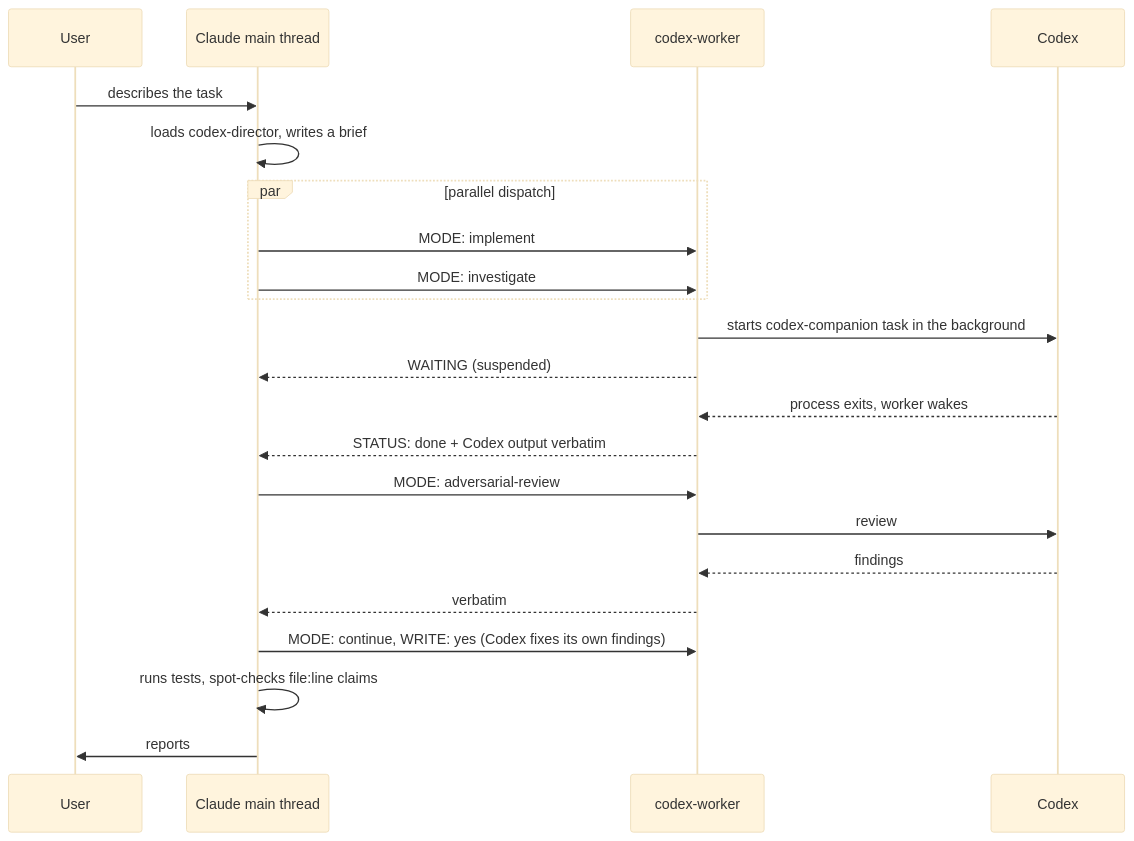
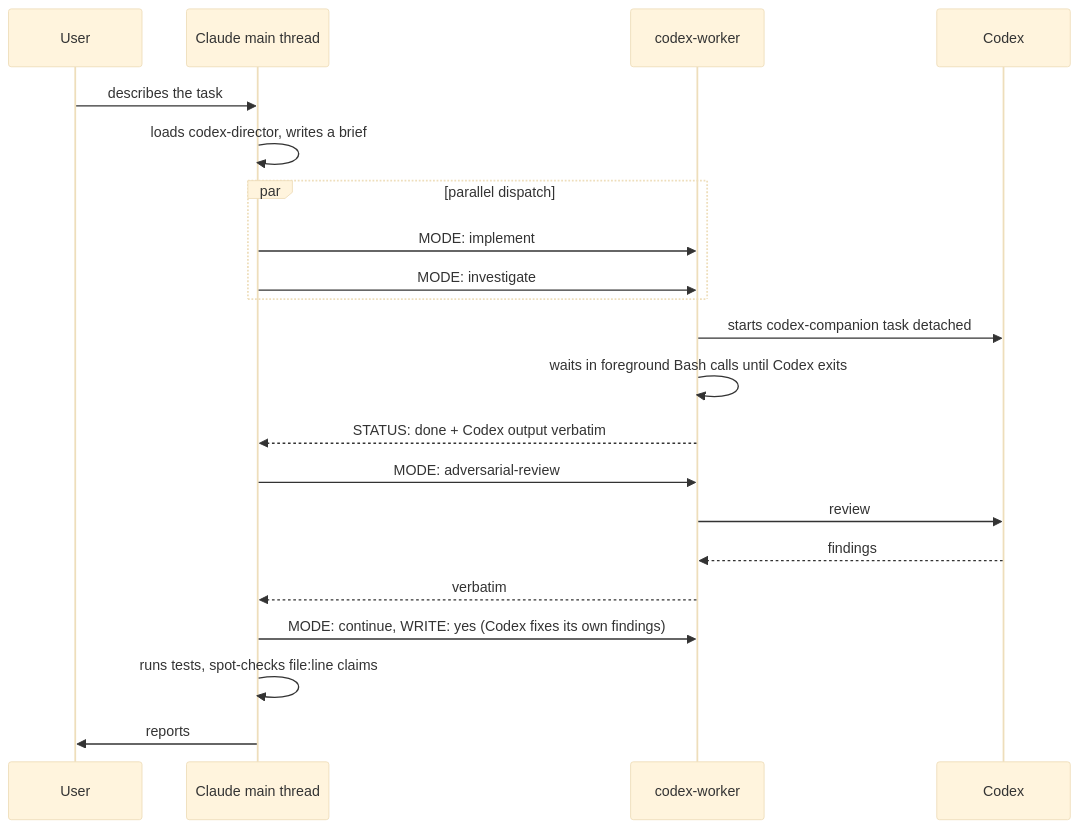
The diagram in README.md (y-cruce/codex-director), drawn with Mermaid (base theme) before and after one commit. The commit also changed other lines of this file and 3 other files, not shown here.

First line of the commit message:
Worker: wait for Codex in foreground instead of suspending on WAITING

````diff
--- a/README.md
+++ b/README.md
@@ -21,25 +21,24 @@
 ```mermaid
 sequenceDiagram
     participant U as User
     participant C as Claude main thread
     participant W as codex-worker
     participant X as Codex
 
     U->>C: describes the task
     C->>C: loads codex-director, writes a brief
     par parallel dispatch
         C->>W: MODE: implement
         C->>W: MODE: investigate
     end
-    W->>X: starts codex-companion task in the background
-    W-->>C: WAITING (suspended)
-    X-->>W: process exits, worker wakes
+    W->>X: starts codex-companion task detached
+    W->>W: waits in foreground Bash calls until Codex exits
     W-->>C: STATUS: done + Codex output verbatim
     C->>W: MODE: adversarial-review
     W->>X: review
     X-->>W: findings
     W-->>C: verbatim
     C->>W: MODE: continue, WRITE: yes (Codex fixes its own findings)
     C->>C: runs tests, spot-checks file:line claims
     C->>U: reports
 ```
````
